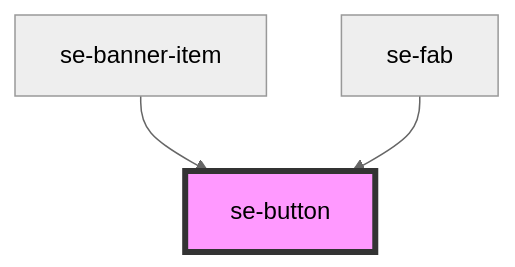
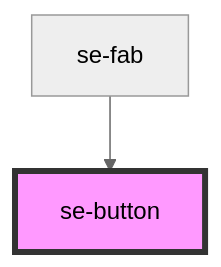
The diagram in src-core/src/components/button/readme.md (robbiemcmullense/se-web-ui), drawn with Mermaid (neutral theme) before and after one commit. The commit also changed other lines of this file and 21 other files, not shown here.

Commit message:
add tablet/mobile layout for banner, banner-item

````diff
--- a/src-core/src/components/button/readme.md
+++ b/src-core/src/components/button/readme.md
@@ -61,6 +60,5 @@
 ```mermaid
 graph TD;
-  se-banner-item --> se-button
   se-fab --> se-button
   style se-button fill:#f9f,stroke:#333,stroke-width:4px
 ```
````
